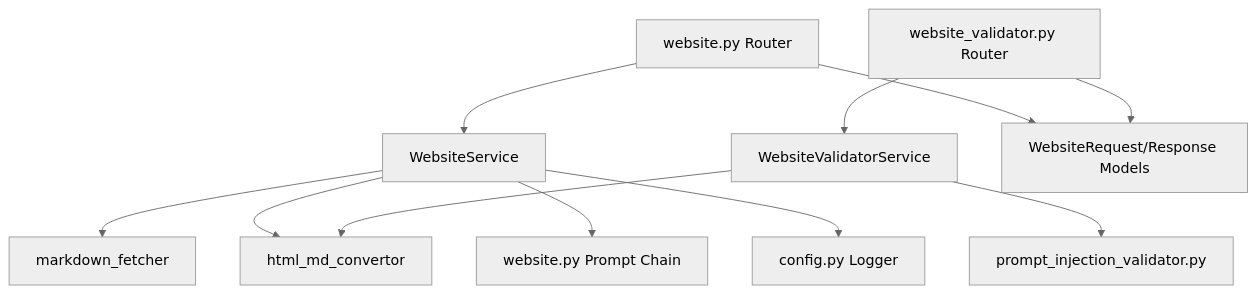
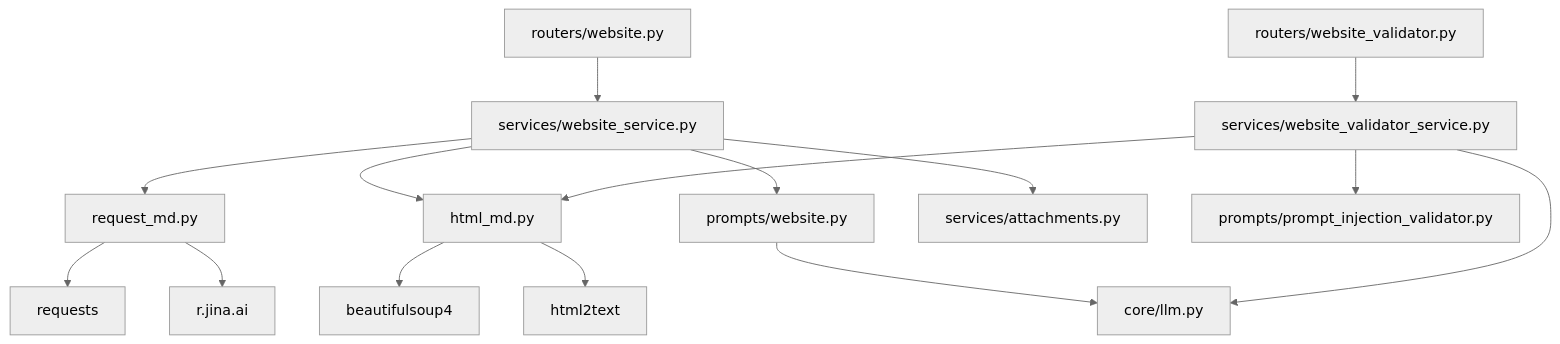
The sixth of 6 diagrams in src/data/docs/agentic-browser/Service Integrations/Website Analysis Integration.md (tashifkhan/tashif.codes), drawn with Mermaid (neutral theme) before and after one commit. The commit also changed other lines of this file and 114 other files, not shown here.

````diff
--- a/src/data/docs/agentic-browser/Service Integrations/Website Analysis Integration.md
+++ b/src/data/docs/agentic-browser/Service Integrations/Website Analysis Integration.md
@@ -253,13 +183,17 @@
 ```mermaid
 graph TB
-WS["WebsiteService"] --> TMF["markdown_fetcher"]
-WS --> HMC["html_md_convertor"]
-WS --> PROMPT["website.py Prompt Chain"]
-WS --> CFG["config.py Logger"]
-WV["WebsiteValidatorService"] --> HMC
-WV --> VPROMPT["prompt_injection_validator.py"]
-WR["website.py Router"] --> WS
-WVR["website_validator.py Router"] --> WV
-WR --> WM["WebsiteRequest/Response Models"]
-WVR --> WM
+  Web["routers/website.py"] --> Svc["services/website_service.py"]
+  Val["routers/website_validator.py"] --> VSvc["services/website_validator_service.py"]
+  Svc --> Fetch["request_md.py"]
+  Svc --> Html["html_md.py"]
+  Svc --> Prompt["prompts/website.py"]
+  Svc --> Attach["services/attachments.py"]
+  Fetch --> Requests["requests"]
+  Fetch --> Jina["r.jina.ai"]
+  Html --> BS["beautifulsoup4"]
+  Html --> H2T["html2text"]
+  Prompt --> LLM["core/llm.py"]
+  VSvc --> Html
+  VSvc --> VPrompt["prompts/prompt_injection_validator.py"]
+  VSvc --> LLM
 ```
````
